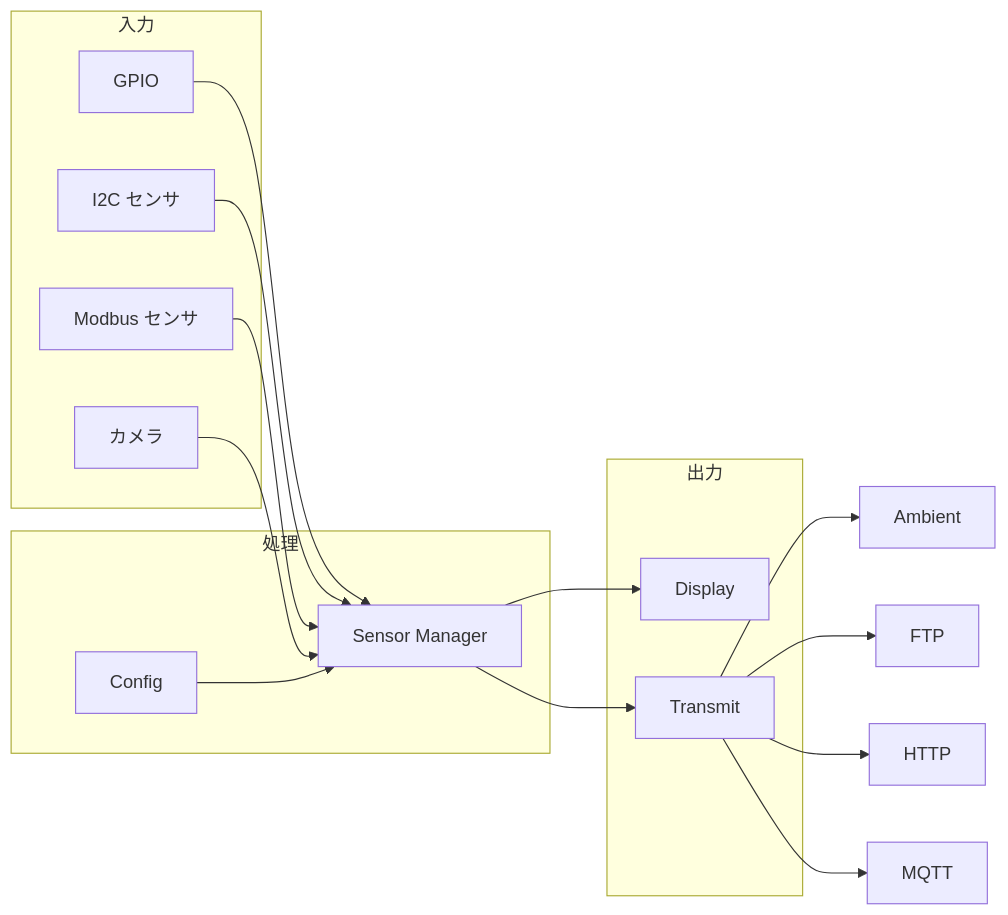
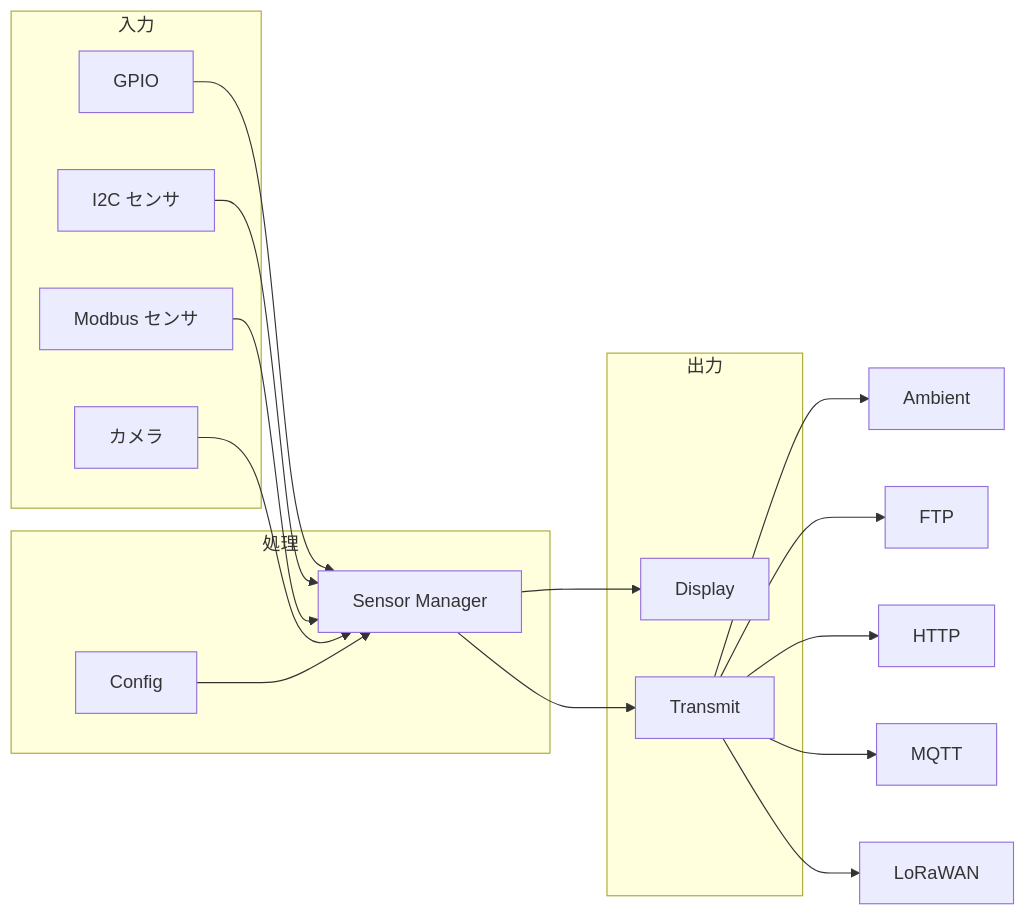
One commit to yrit-jp/yrit_iot_firmware changed the third of 12 diagrams in notes/ARCHITECTURE_OVERVIEW.md. Above: the diagram before and after it, drawn with Mermaid. The commit also changed other lines of this file and 805 other files, not shown here.

````diff
--- a/notes/ARCHITECTURE_OVERVIEW.md
+++ b/notes/ARCHITECTURE_OVERVIEW.md
@@ -64,31 +64,32 @@
 ```mermaid
 graph LR
     subgraph Input[入力]
         GPIO[GPIO]
         I2C[I2C センサ]
         MB[Modbus センサ]
         CAM[カメラ]
     end
 
     subgraph Process[処理]
         SM[Sensor Manager]
         CFG[Config]
     end
 
     subgraph Output[出力]
         DSP[Display]
         TX[Transmit]
     end
 
     GPIO --> SM
     I2C --> SM
     MB --> SM
     CAM --> SM
     CFG --> SM
     SM --> DSP
     SM --> TX
     TX --> AMB[Ambient]
     TX --> FTP[FTP]
     TX --> HTTP[HTTP]
     TX --> MQTT[MQTT]
+    TX --> LORA[LoRaWAN]
 ```
````
